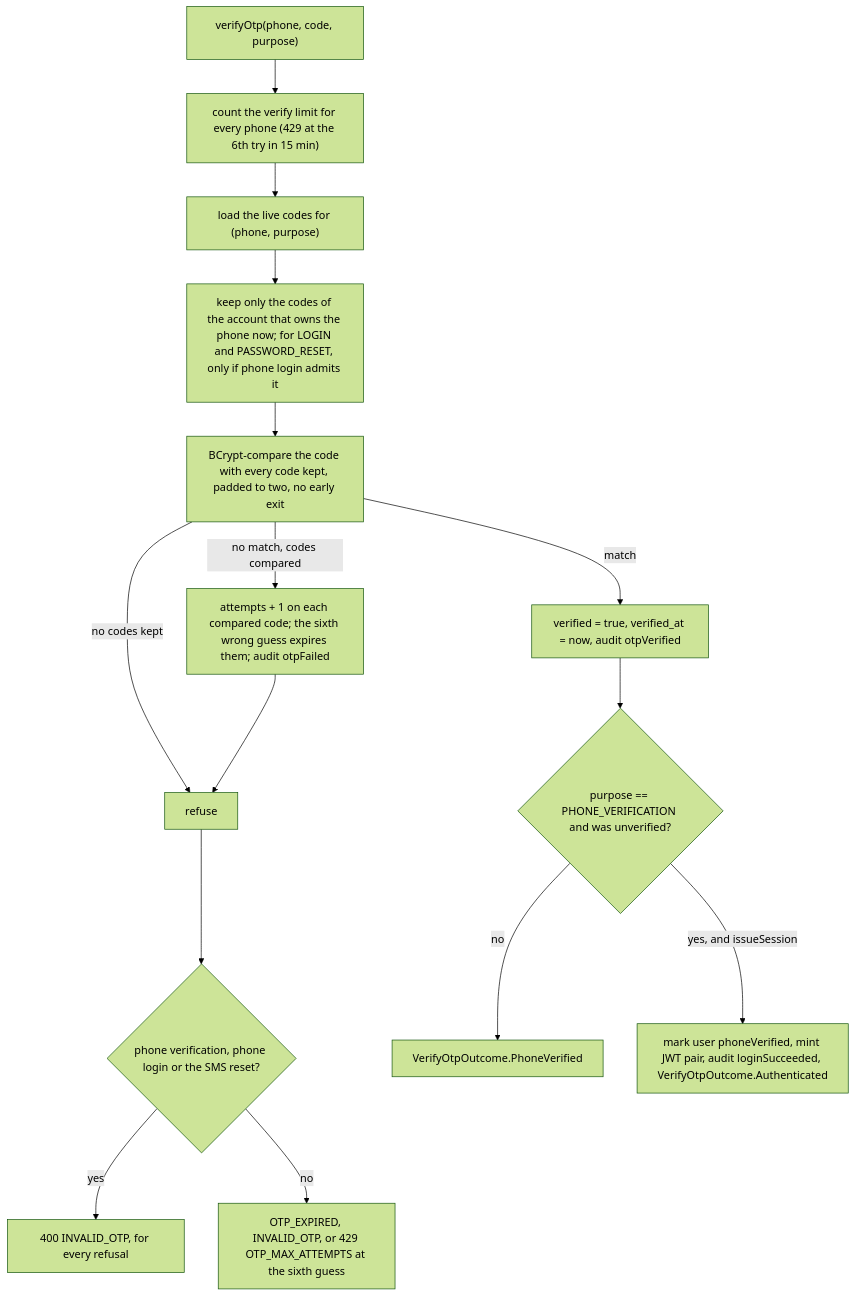
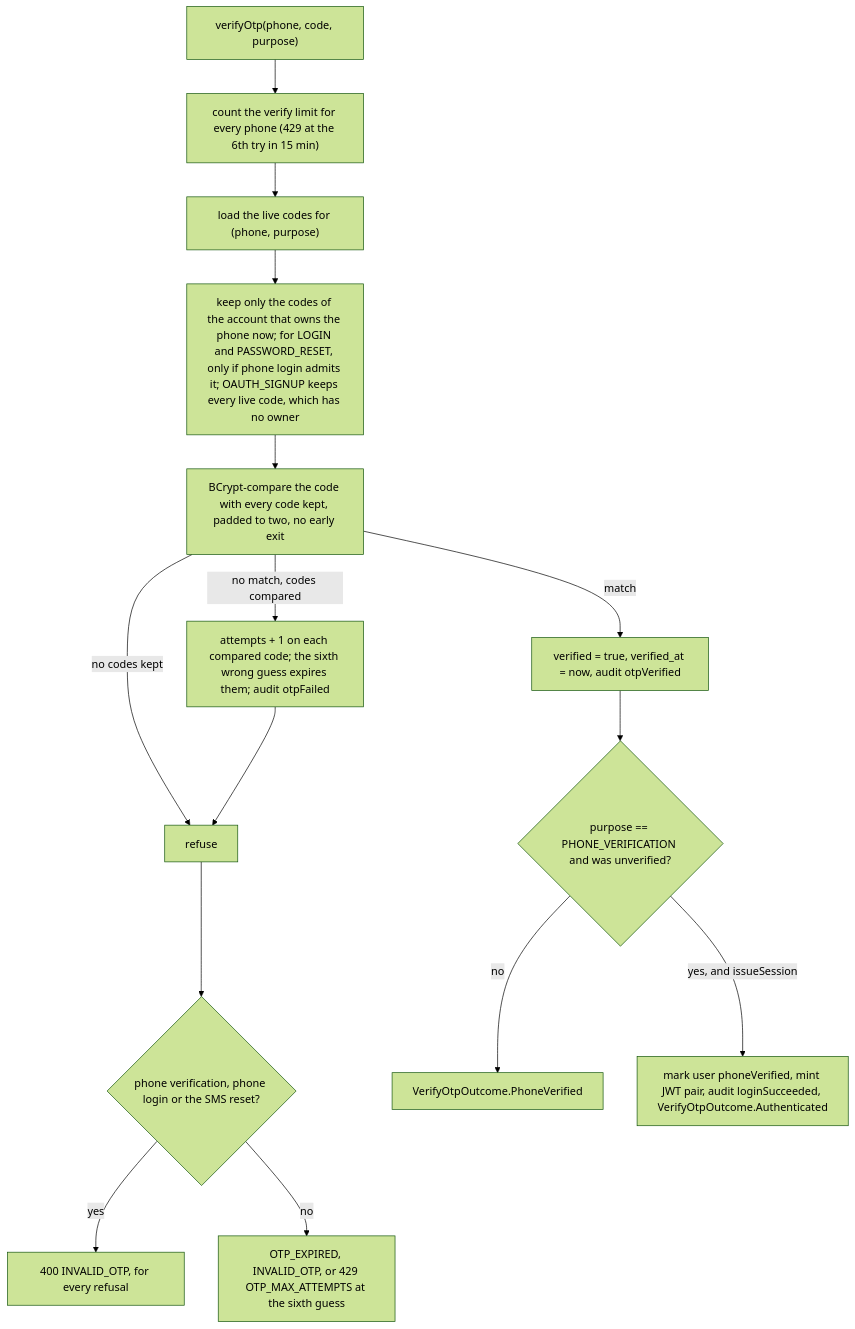
One commit to cropdoor/cropdoor-almanac changed the first of 2 diagrams in docs/auth/otp-and-password-recovery.md. Above: the diagram before and after it, drawn with Mermaid (forest theme). The commit also changed other lines of this file and 1 other file, not shown here.

Commit message:
auth: Google sign-up (#393): the sign-up code reaches a new phone; complete checks the code before it spends the pending sign-up; the Farmer or Buyer choice is kept; the stale ADMIN refusal is corrected

````diff
--- a/docs/auth/otp-and-password-recovery.md
+++ b/docs/auth/otp-and-password-recovery.md
@@ -54,17 +54,17 @@
 ```mermaid
 flowchart TD
     A["verifyOtp(phone, code, purpose)"] --> B["count the verify limit for every phone (429 at the 6th try in 15 min)"]
     B --> C["load the live codes for (phone, purpose)"]
-    C --> D["keep only the codes of the account that owns the phone now; for LOGIN and PASSWORD_RESET, only if phone login admits it"]
+    C --> D["keep only the codes of the account that owns the phone now; for LOGIN and PASSWORD_RESET, only if phone login admits it; OAUTH_SIGNUP keeps every live code, which has no owner"]
     D --> E["BCrypt-compare the code with every code kept, padded to two, no early exit"]
     E -->|match| I["verified = true, verified_at = now, audit otpVerified"]
     E -->|no match, codes compared| F["attempts + 1 on each compared code; the sixth wrong guess expires them; audit otpFailed"]
     E -->|no codes kept| G["refuse"]
     F --> G
     G --> H{"phone verification, phone login or the SMS reset?"}
     H -->|yes| H1["400 INVALID_OTP, for every refusal"]
     H -->|no| H2["OTP_EXPIRED, INVALID_OTP, or 429 OTP_MAX_ATTEMPTS at the sixth guess"]
     I --> J{"purpose == PHONE_VERIFICATION and was unverified?"}
     J -->|no| K["VerifyOtpOutcome.PhoneVerified"]
     J -->|yes, and issueSession| L["mark user phoneVerified, mint JWT pair, audit loginSucceeded, VerifyOtpOutcome.Authenticated"]
 ```
````
